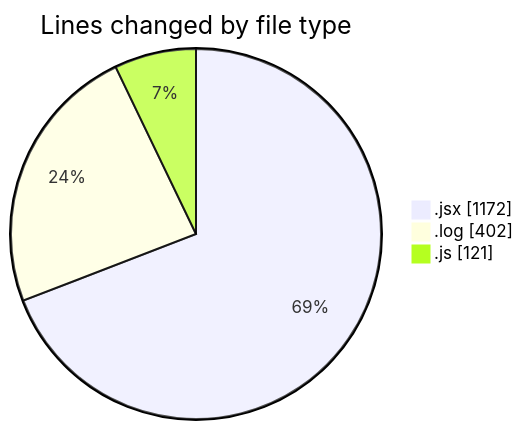
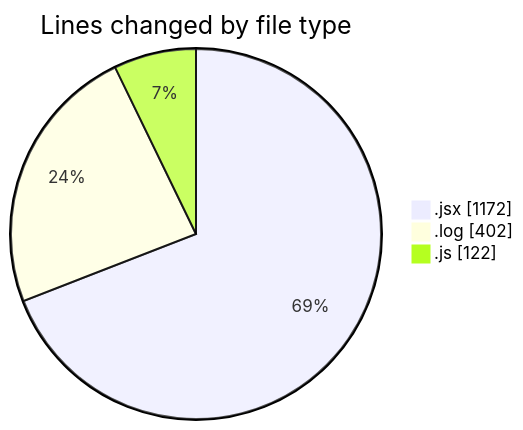
Before and after one commit to nxtqubesakshisongat/code-tracking: the first of 2 diagrams in 2025-05-02/nxtqube_webapp/README.md, drawn with Mermaid. The commit also changed other lines of this file and 1 other file, not shown here.

````diff
--- a/2025-05-02/nxtqube_webapp/README.md
+++ b/2025-05-02/nxtqube_webapp/README.md
@@ -24,7 +24,7 @@
 ```mermaid
 pie showData
 title Lines changed by file type
 ".jsx" : 1172
 ".log" : 402
-".js" : 121
+".js" : 122
 ```
````
